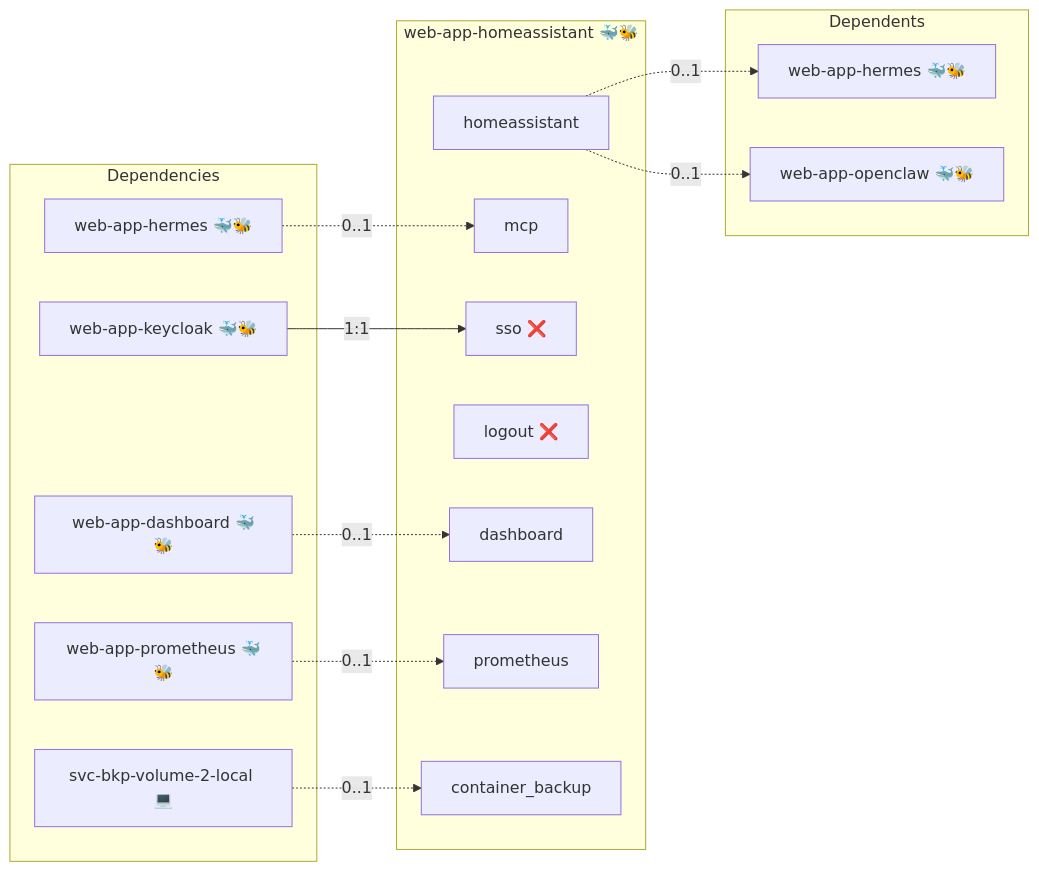
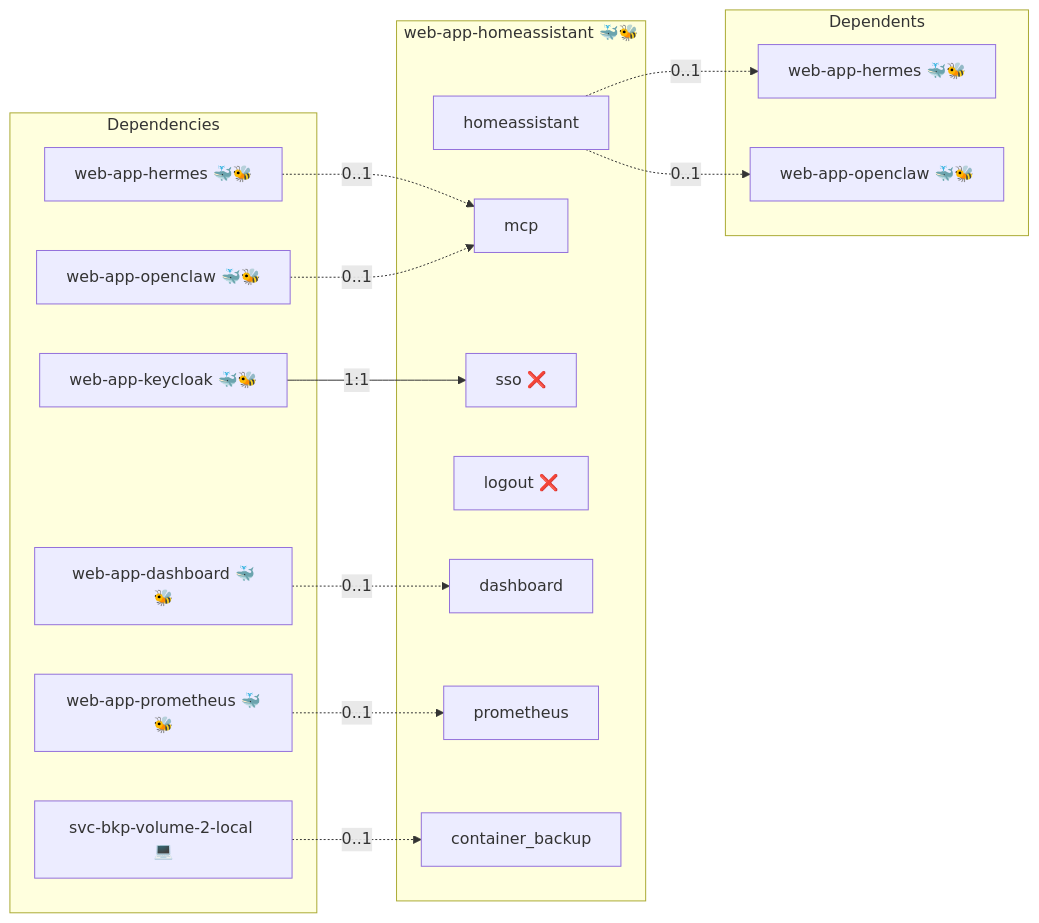
One commit to infinito-nexus/core changed the diagram in roles/web-app-homeassistant/README.md. Above: the diagram before and after it, drawn with Mermaid. The commit also changed 7 other files, not shown here.

````diff
--- a/roles/web-app-homeassistant/README.md
+++ b/roles/web-app-homeassistant/README.md
@@ -15,30 +15,32 @@
 ```mermaid
 flowchart LR
     subgraph deps [Dependencies]
         dep_svc_bkp_volume_2_local["svc-bkp-volume-2-local 💻"]
         dep_web_app_dashboard["web-app-dashboard 🐳🐝"]
         dep_web_app_hermes["web-app-hermes 🐳🐝"]
         dep_web_app_keycloak["web-app-keycloak 🐳🐝"]
+        dep_web_app_openclaw["web-app-openclaw 🐳🐝"]
         dep_web_app_prometheus["web-app-prometheus 🐳🐝"]
     end
     subgraph role [web-app-homeassistant 🐳🐝]
         svc_homeassistant["homeassistant"]
         svc_mcp["mcp"]
         svc_sso["sso ❌"]
         svc_logout["logout ❌"]
         svc_dashboard["dashboard"]
         svc_prometheus["prometheus"]
         svc_container_backup["container_backup"]
     end
     subgraph dependents [Dependents]
         dpt_web_app_hermes["web-app-hermes 🐳🐝"]
         dpt_web_app_openclaw["web-app-openclaw 🐳🐝"]
     end
     dep_svc_bkp_volume_2_local -. "0..1" .-> svc_container_backup
     dep_web_app_dashboard -. "0..1" .-> svc_dashboard
     dep_web_app_hermes -. "0..1" .-> svc_mcp
     dep_web_app_keycloak -- "1:1" --> svc_sso
+    dep_web_app_openclaw -. "0..1" .-> svc_mcp
     dep_web_app_prometheus -. "0..1" .-> svc_prometheus
     svc_homeassistant -. "0..1" .-> dpt_web_app_hermes
     svc_homeassistant -. "0..1" .-> dpt_web_app_openclaw
 ```
````
